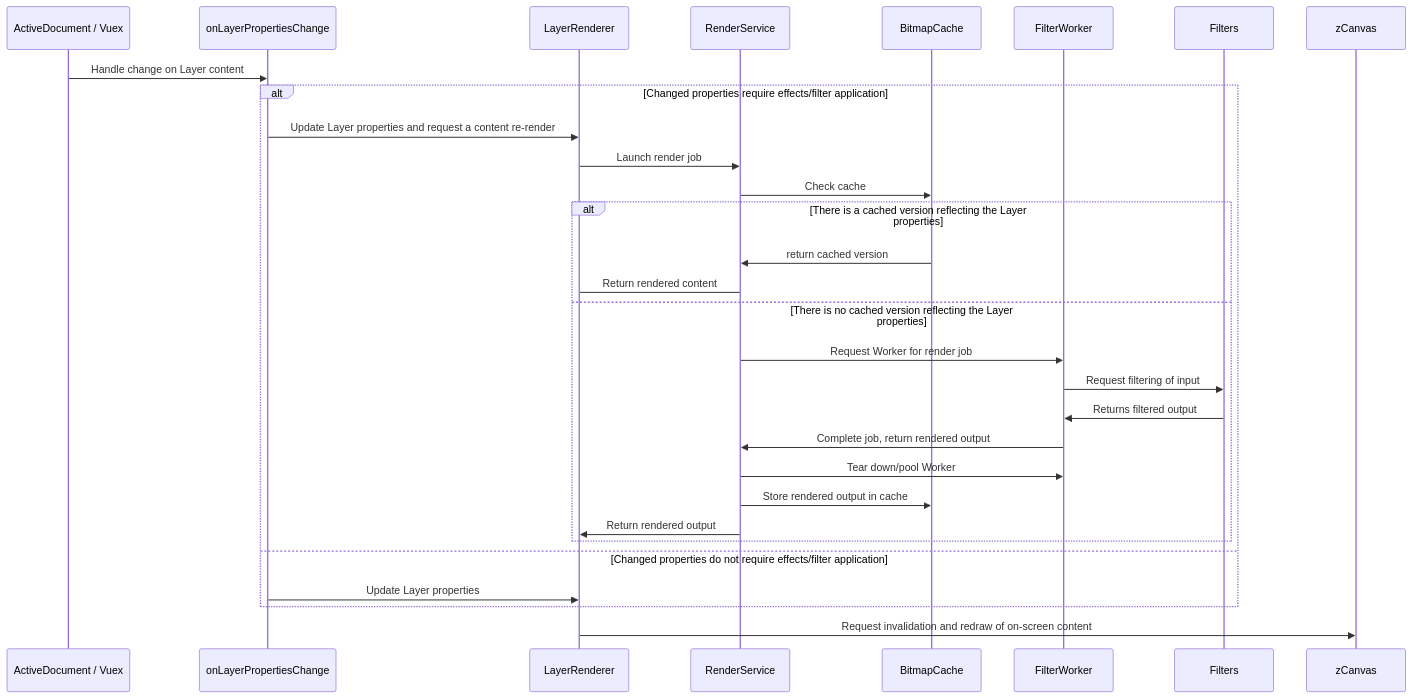
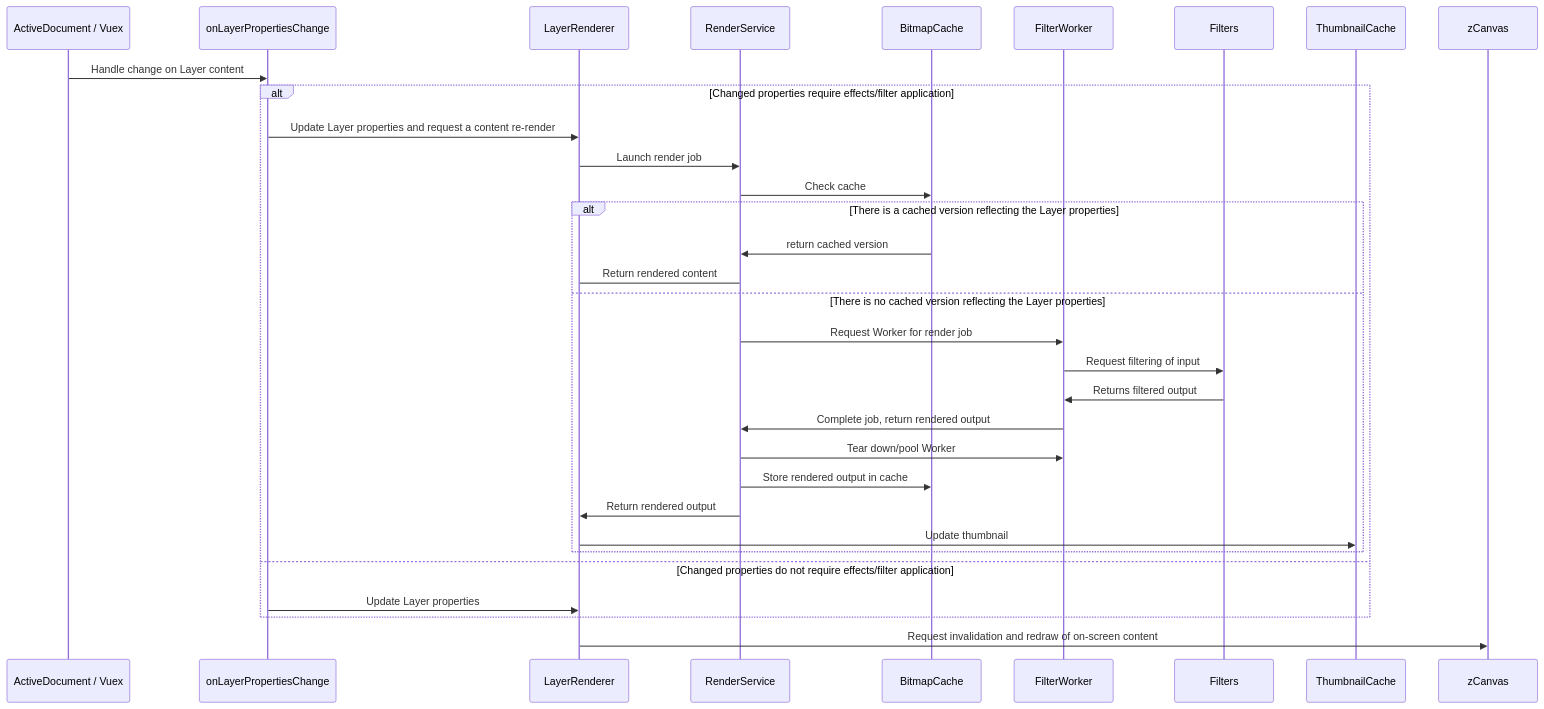
One commit to igorski/bitmappery changed the second of 2 diagrams in README.md. Above: the diagram before and after it, drawn with Mermaid. The commit also changed other lines of this file and 1 other file, not shown here.

````diff
--- a/README.md
+++ b/README.md
@@ -117,27 +119,28 @@
 ```mermaid
 sequenceDiagram
     ActiveDocument / Vuex->>onLayerPropertiesChange: Handle change on Layer content
 
     alt Changed properties require effects/filter application
         onLayerPropertiesChange->>LayerRenderer: Update Layer properties and request a content re-render
         LayerRenderer->>RenderService: Launch render job
         RenderService->>BitmapCache: Check cache
 
         alt There is a cached version reflecting the Layer properties
             BitmapCache->>RenderService: return cached version
             RenderService->LayerRenderer: Return rendered content
         else There is no cached version reflecting the Layer properties
             RenderService->>FilterWorker: Request Worker for render job
             FilterWorker->>Filters: Request filtering of input
             Filters->>FilterWorker: Returns filtered output
             FilterWorker->>RenderService: Complete job, return rendered output
             RenderService->>FilterWorker: Tear down/pool Worker
             RenderService->>BitmapCache: Store rendered output in cache
             RenderService->>LayerRenderer: Return rendered output
+            LayerRenderer->>ThumbnailCache: Update thumbnail
         end
     else Changed properties do not require effects/filter application
         onLayerPropertiesChange->>LayerRenderer: Update Layer properties
         end
 
     LayerRenderer->>zCanvas: Request invalidation and redraw of on-screen content
 ```
````
